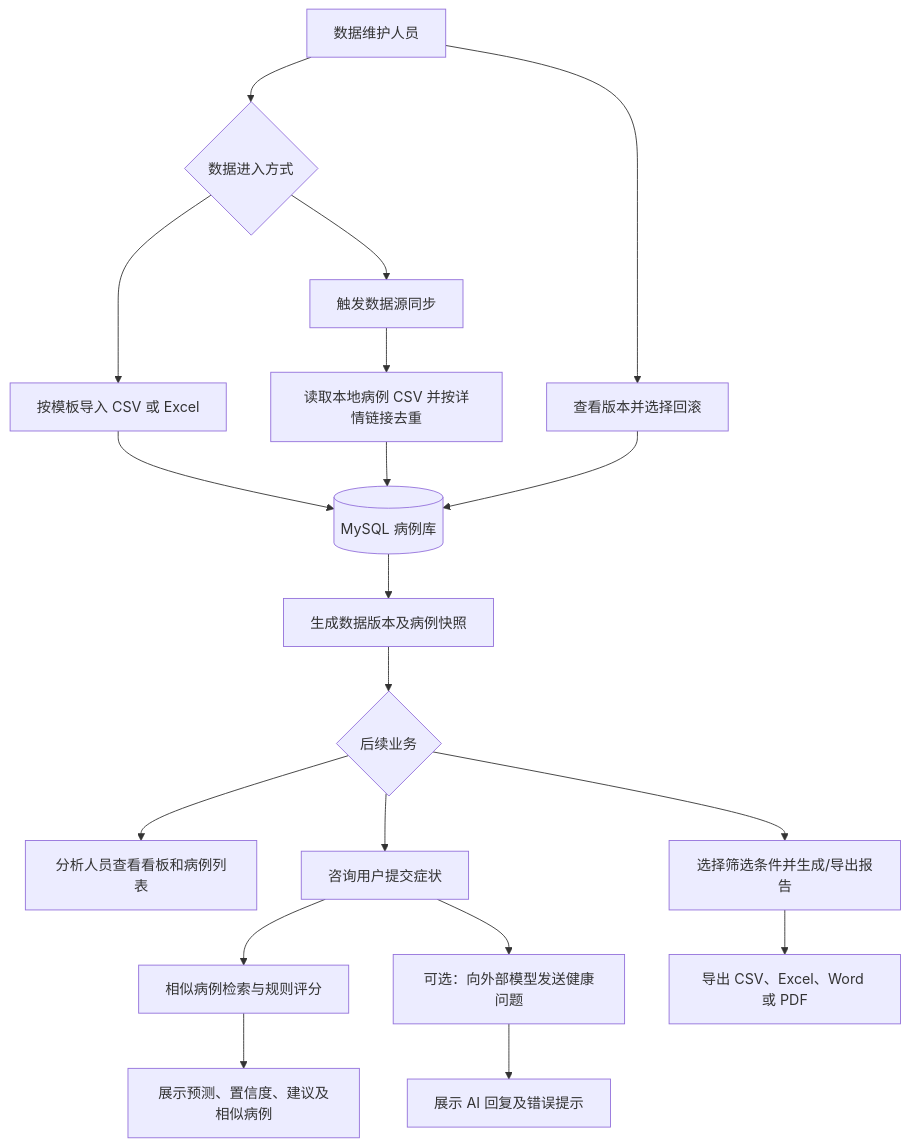
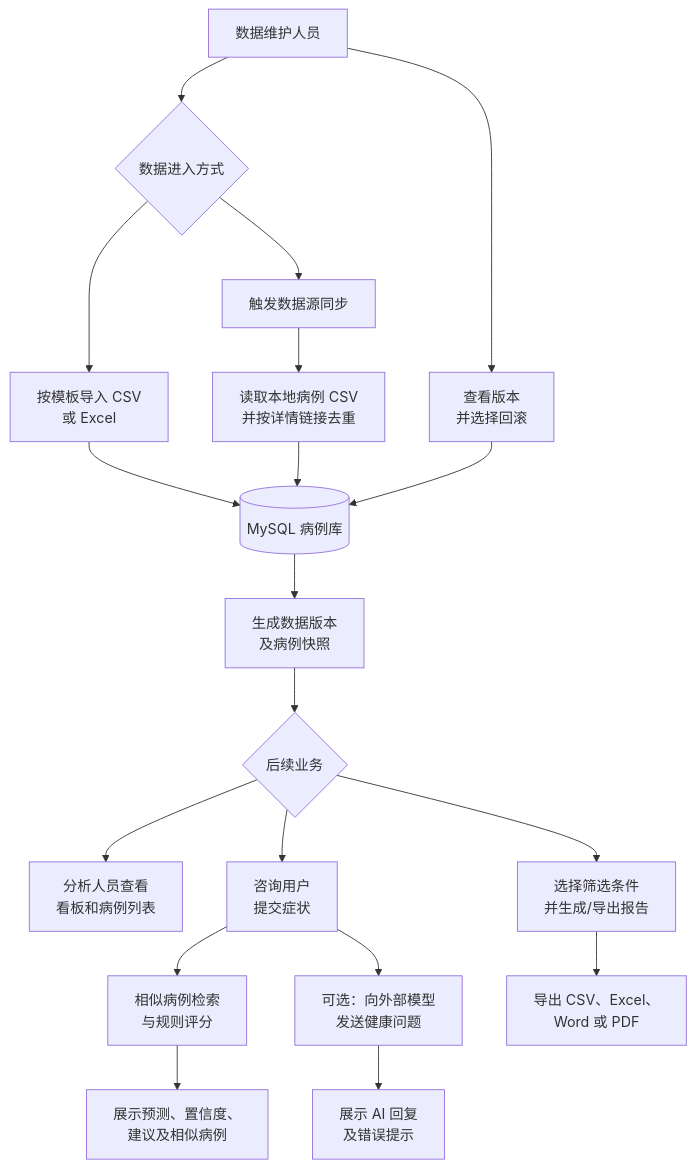
One commit to siyu2026/se-group-project changed the diagram in docs/需求规格说明书.md. Above: the diagram before and after it, drawn with Mermaid.

Commit message:
更新图表

````diff
--- a/docs/需求规格说明书.md
+++ b/docs/需求规格说明书.md
@@ -58,21 +58,21 @@
 ```mermaid
 flowchart TD
     A[数据维护人员] --> B{数据进入方式}
-    B --> C[按模板导入 CSV 或 Excel]
+    B --> C["按模板导入 CSV <br>或 Excel"]
     B --> D[触发数据源同步]
-    D --> E[读取本地病例 CSV 并按详情链接去重]
+    D --> E["读取本地病例 CSV<br>并按详情链接去重"]
     C --> F[(MySQL 病例库)]
     E --> F
-    F --> G[生成数据版本及病例快照]
+    F --> G[生成数据版本<br>及病例快照]
     G --> H{后续业务}
-    H --> I[分析人员查看看板和病例列表]
-    H --> J[选择筛选条件并生成/导出报告]
-    H --> K[咨询用户提交症状]
-    K --> L[相似病例检索与规则评分]
-    L --> M[展示预测、置信度、建议及相似病例]
-    K --> N[可选：向外部模型发送健康问题]
-    N --> O[展示 AI 回复及错误提示]
-    J --> P[导出 CSV、Excel、Word 或 PDF]
-    A --> Q[查看版本并选择回滚]
+    H --> I[分析人员查看<br>看板和病例列表]
+    H --> J[选择筛选条件<br>并生成/导出报告]
+    H --> K[咨询用户<br>提交症状]
+    K --> L[相似病例检索<br>与规则评分]
+    L --> M[展示预测、置信度、<br>建议及相似病例]
+    K --> N[可选：向外部模型<br>发送健康问题]
+    N --> O[展示 AI 回复<br>及错误提示]
+    J --> P[导出 CSV、Excel、<br>Word 或 PDF]
+    A --> Q[查看版本<br>并选择回滚]
     Q --> F
 ```
````
